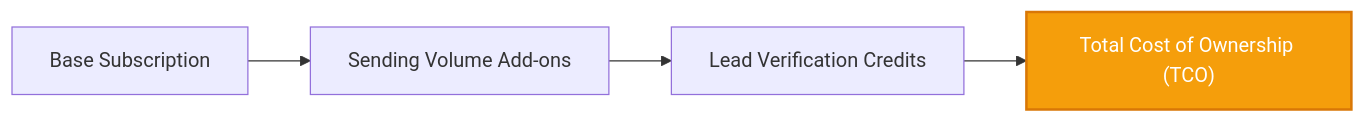
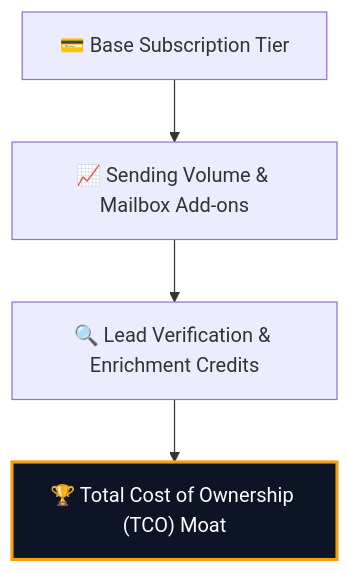
One commit to heliatech-media/saas-radar changed the fourth of 5 diagrams in site/src/content/blog/smartlead-vs-instantly-2026-b2b-cold-outreach.md. Above: the diagram before and after it, drawn with Mermaid. The commit also changed other lines of this file and 97 other files, not shown here.

First line of the commit message:
feat(diagrams): upgrade all article architecture schemas to high-impact 2-tier responsive vector blueprints

````diff
--- a/site/src/content/blog/smartlead-vs-instantly-2026-b2b-cold-outreach.md
+++ b/site/src/content/blog/smartlead-vs-instantly-2026-b2b-cold-outreach.md
@@ -157,7 +157,7 @@
 ```mermaid
-flowchart LR
-    Base["Base Subscription"] --> Volume["Sending Volume Add-ons"]
-    Volume --> Leads["Lead Verification Credits"]
-    Leads --> TCO["Total Cost of Ownership (TCO)"]
-    style TCO fill:#f59e0b,stroke:#d97706,stroke-width:2px,color:#ffffff
+flowchart TD
+    Base["💳 Base Subscription Tier"] --> Volume["📈 Sending Volume & Mailbox Add-ons"]
+    Volume --> Leads["🔍 Lead Verification & Enrichment Credits"]
+    Leads --> TCO["🏆 Total Cost of Ownership (TCO) Moat"]
+    style TCO fill:#0c1425,stroke:#f59e0b,stroke-width:2.5px,color:#ffffff
 ```
````
